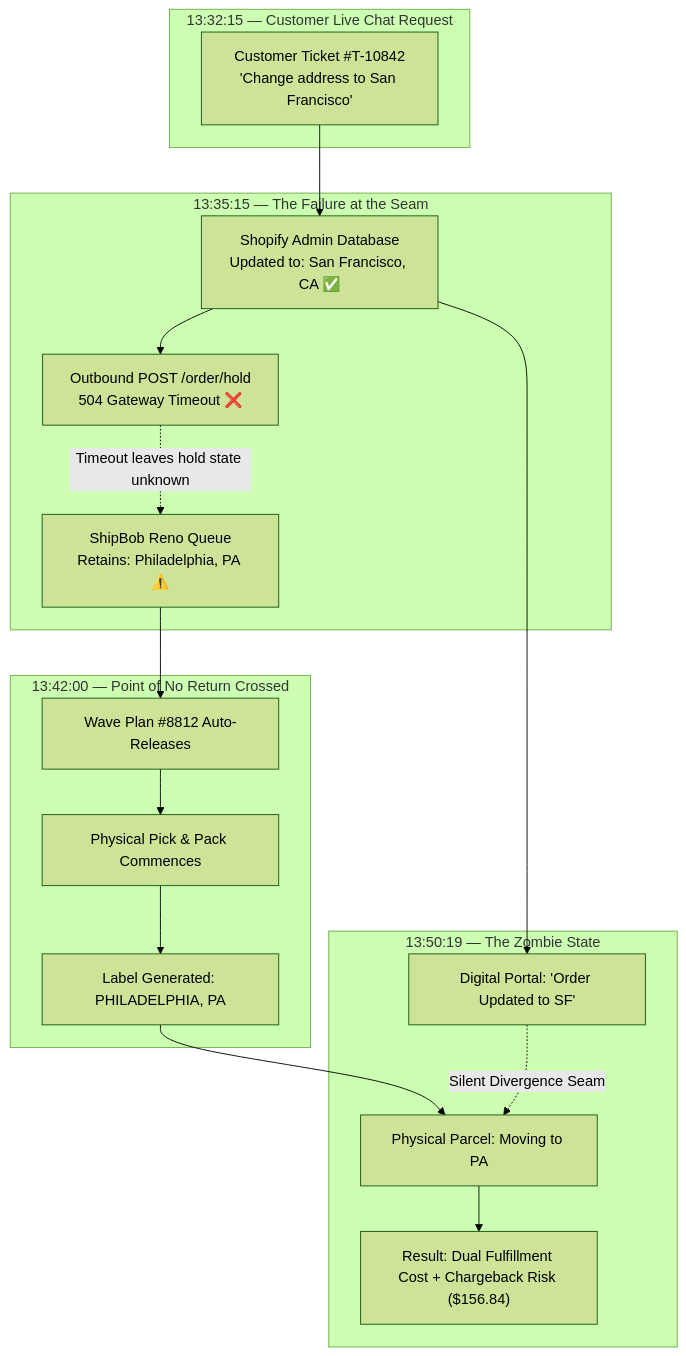
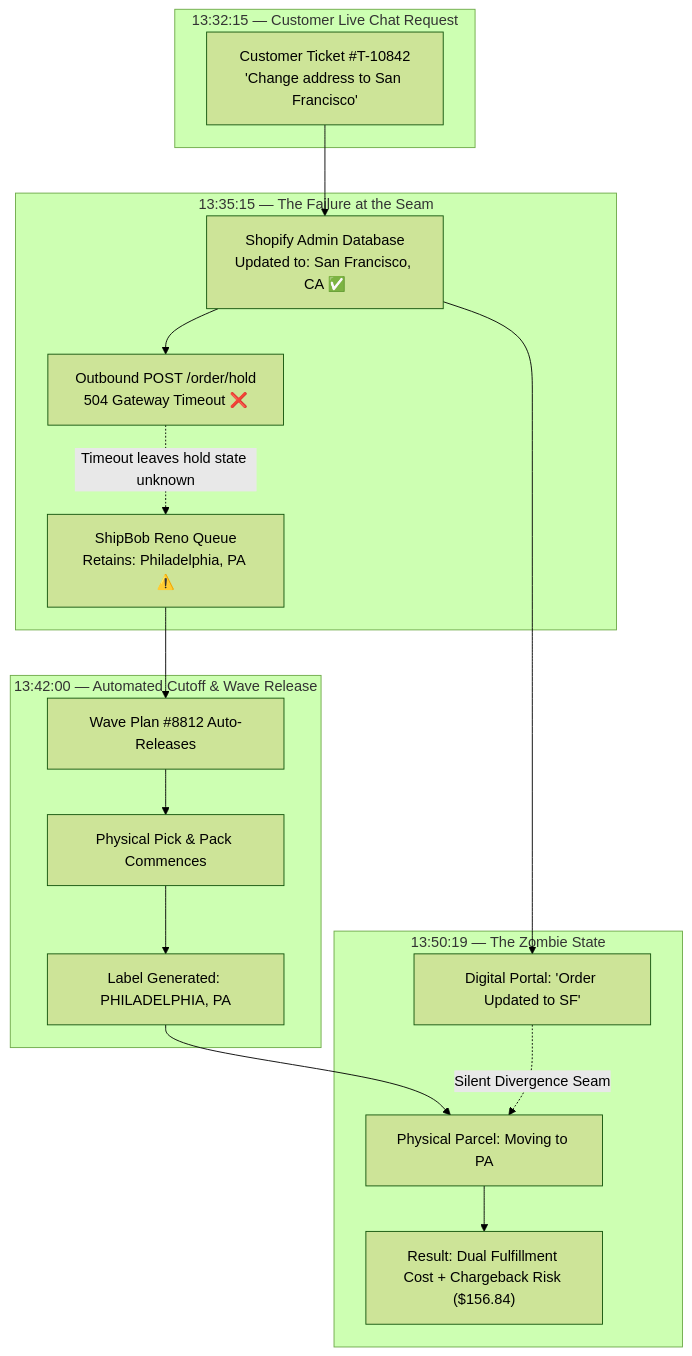
One commit to riovicsusas/portfolio changed the first of 2 diagrams in capstone/MasterDossier-Capstone-AsynchronousOrderMutation.md. Above: the diagram before and after it, drawn with Mermaid (forest theme). The commit also changed other lines of this file and 1 other file, not shown here.

Commit message:
capstone & domain-1: harmonize cutoff terminology (13:42 automated cutoff vs 13:45 hard physical pick) and supervisor predicate

````diff
--- a/capstone/MasterDossier-Capstone-AsynchronousOrderMutation.md
+++ b/capstone/MasterDossier-Capstone-AsynchronousOrderMutation.md
@@ -130,34 +130,34 @@
 ```mermaid
 flowchart TD
     subgraph Trigger["13:32:15 — Customer Live Chat Request"]
         CR["Customer Ticket #T-10842<br/>'Change address to San Francisco'"]
     end
 
     subgraph Seam["13:35:15 — The Failure at the Seam"]
         SA["Shopify Admin Database<br/>Updated to: San Francisco, CA ✅"]
         WH["Outbound POST /order/hold<br/>504 Gateway Timeout ❌"]
         WMS["ShipBob Reno Queue<br/>Retains: Philadelphia, PA ⚠️"]
     end
 
-    subgraph Divergence["13:42:00 — Point of No Return Crossed"]
+    subgraph Divergence["13:42:00 — Automated Cutoff & Wave Release"]
         Wave["Wave Plan #8812 Auto-Releases"]
         Pick["Physical Pick & Pack Commences"]
         Label["Label Generated: PHILADELPHIA, PA"]
     end
 
     subgraph Zombie["13:50:19 — The Zombie State"]
         Digital["Digital Portal: 'Order Updated to SF'"]
         Physical["Physical Parcel: Moving to PA"]
         Loss["Result: Dual Fulfillment Cost + Chargeback Risk ($156.84)"]
     end
 
     CR --> SA
     SA --> WH
     WH -.->|"Timeout leaves hold state unknown"| WMS
     WMS --> Wave
     Wave --> Pick --> Label
     Label --> Physical
     SA --> Digital
     Digital -.->|"Silent Divergence Seam"| Physical
     Physical --> Loss
 ```
````
